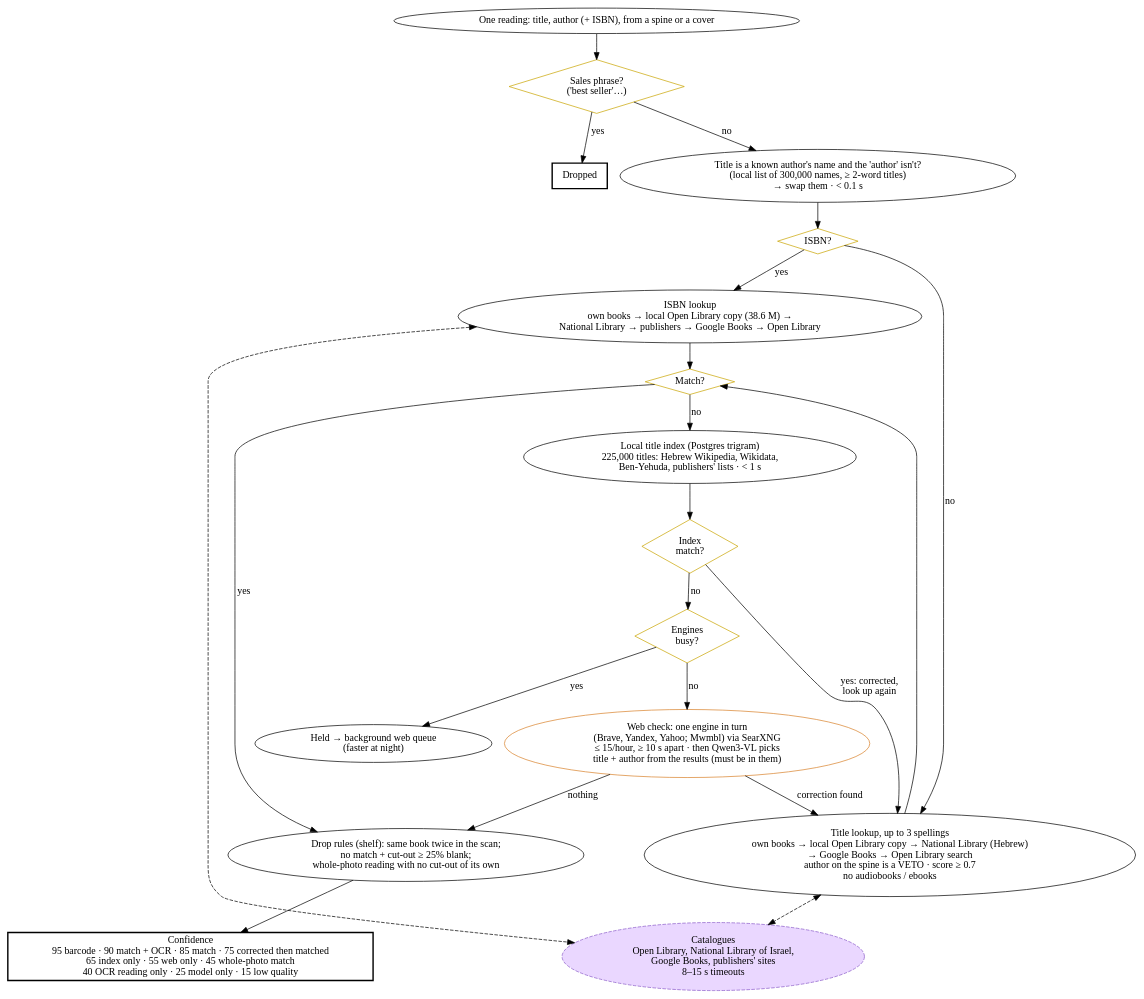
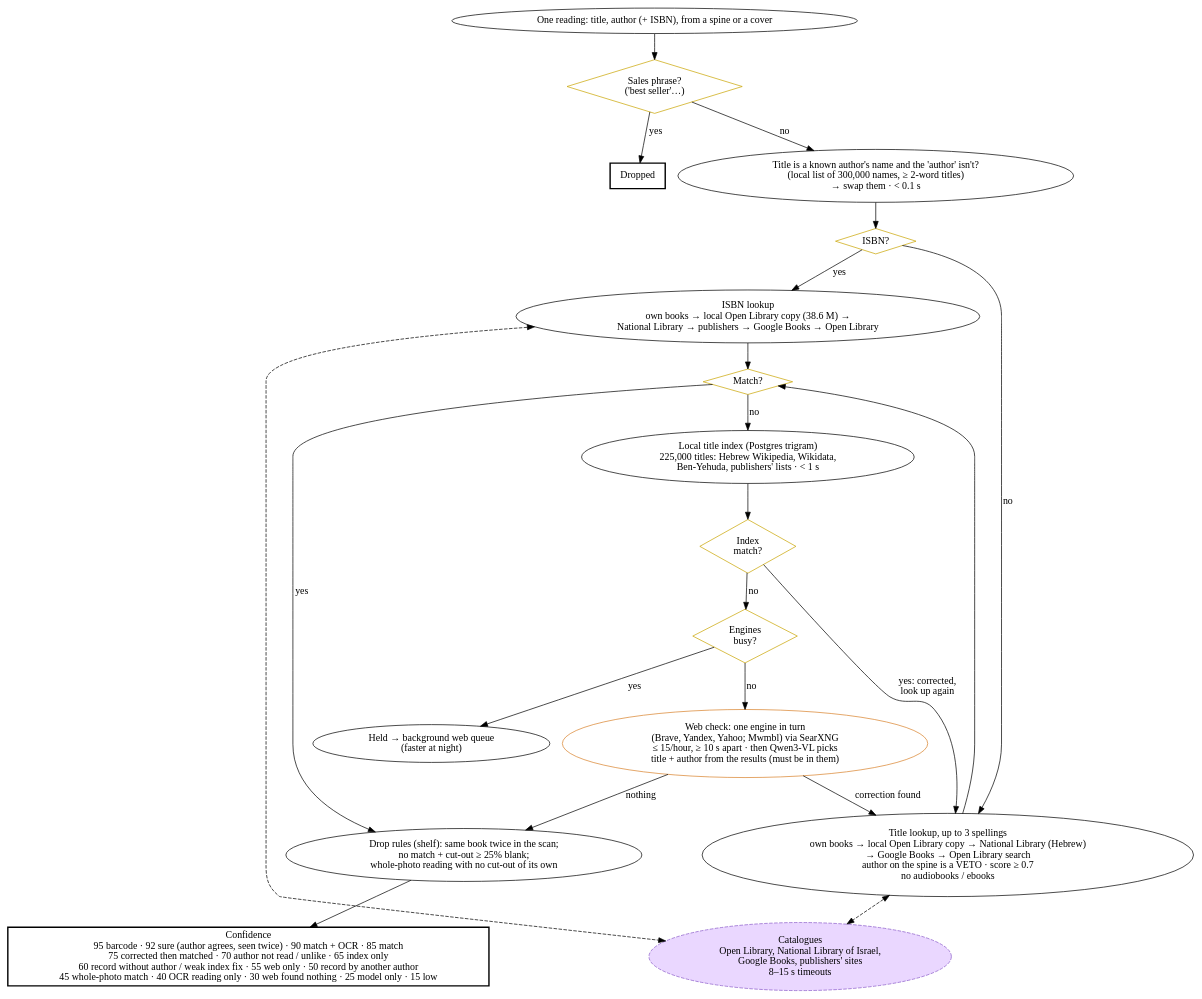
The diagram in docs/scan-pipeline/match.dot (amih/seferehov), drawn with Graphviz before and after one commit. The commit also changed 16 other files, not shown here.

Commit message:
Confidence: the record must be by the author on the spine; 'sure' tier (92) and optional auto-approval; review of 218 decisions; pipeline doc summary

```diff
--- a/docs/scan-pipeline/match.dot
+++ b/docs/scan-pipeline/match.dot
@@ -1,30 +1,30 @@
 digraph match {
   rankdir=TB;
 #include
   in    [label="One reading: title, author (+ ISBN), from a spine or a cover"];
   blurb [label="Sales phrase?\n('best seller'…)", shape=diamond, fillcolor="#fff7c2", color="#c9a400"];
   drop1 [label="Dropped", shape=box, style="filled,bold", fillcolor="#ffffff"];
   swap  [label="Title is a known author's name and the 'author' isn't?\n(local list of 300,000 names, ≥ 2-word titles)\n→ swap them · < 0.1 s"];
   hasisbn[label="ISBN?", shape=diamond, fillcolor="#fff7c2", color="#c9a400"];
   isbn  [label="ISBN lookup\nown books → local Open Library copy (38.6 M) →\nNational Library → publishers → Google Books → Open Library"];
   title [label="Title lookup, up to 3 spellings\nown books → local Open Library copy → National Library (Hebrew)\n→ Google Books → Open Library search\nauthor on the spine is a VETO · score ≥ 0.7\nno audiobooks / ebooks"];
   ext1  [label="Catalogues\nOpen Library, National Library of Israel,\nGoogle Books, publishers' sites\n8–15 s timeouts", fillcolor="#ead7ff", color="#8a5cc9", style="rounded,filled,dashed"];
   found [label="Match?", shape=diamond, fillcolor="#fff7c2", color="#c9a400"];
   idx   [label="Local title index (Postgres trigram)\n225,000 titles: Hebrew Wikipedia, Wikidata,\nBen-Yehuda, publishers' lists · < 1 s"];
   found2[label="Index\nmatch?", shape=diamond, fillcolor="#fff7c2", color="#c9a400"];
   web   [label="Web check: one engine in turn\n(Brave, Yandex, Yahoo; Mwmbl) via SearXNG\n≤ 15/hour, ≥ 10 s apart · then Qwen3-VL picks\ntitle + author from the results (must be in them)", fillcolor="#ffd8a8", color="#d9822b"];
   busy  [label="Engines\nbusy?", shape=diamond, fillcolor="#fff7c2", color="#c9a400"];
   held  [label="Held → background web queue\n(faster at night)"];
   rules [label="Drop rules (shelf): same book twice in the scan;\nno match + cut-out ≥ 25% blank;\nwhole-photo reading with no cut-out of its own"];
-  conf  [label="Confidence\n95 barcode · 90 match + OCR · 85 match · 75 corrected then matched\n65 index only · 55 web only · 45 whole-photo match\n40 OCR reading only · 25 model only · 15 low quality", shape=box, style="filled,bold", fillcolor="#ffffff"];
+  conf  [label="Confidence\n95 barcode · 92 sure (author agrees, seen twice) · 90 match + OCR · 85 match\n75 corrected then matched · 70 author not read / unlike · 65 index only\n60 record without author / weak index fix · 55 web only · 50 record by another author\n45 whole-photo match · 40 OCR reading only · 30 web found nothing · 25 model only · 15 low", shape=box, style="filled,bold", fillcolor="#ffffff"];
 
   in -> blurb; blurb -> drop1 [label="yes"]; blurb -> swap [label="no"];
   swap -> hasisbn; hasisbn -> isbn [label="yes"]; hasisbn -> title [label="no"];
   isbn -> ext1 [style=dashed, dir=both]; title -> ext1 [style=dashed, dir=both];
   isbn -> found; title -> found;
   found -> rules [label="yes"]; found -> idx [label="no"];
   idx -> found2; found2 -> title [label="yes: corrected,\nlook up again"]; found2 -> busy [label="no"];
   busy -> held [label="yes"]; busy -> web [label="no"];
   web -> title [label="correction found"]; web -> rules [label="nothing"];
   rules -> conf;
 }
```
